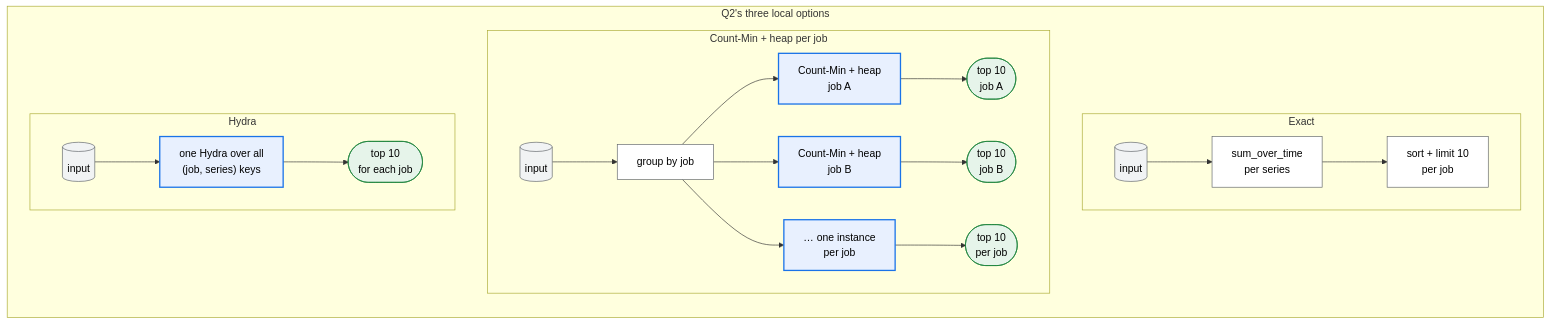
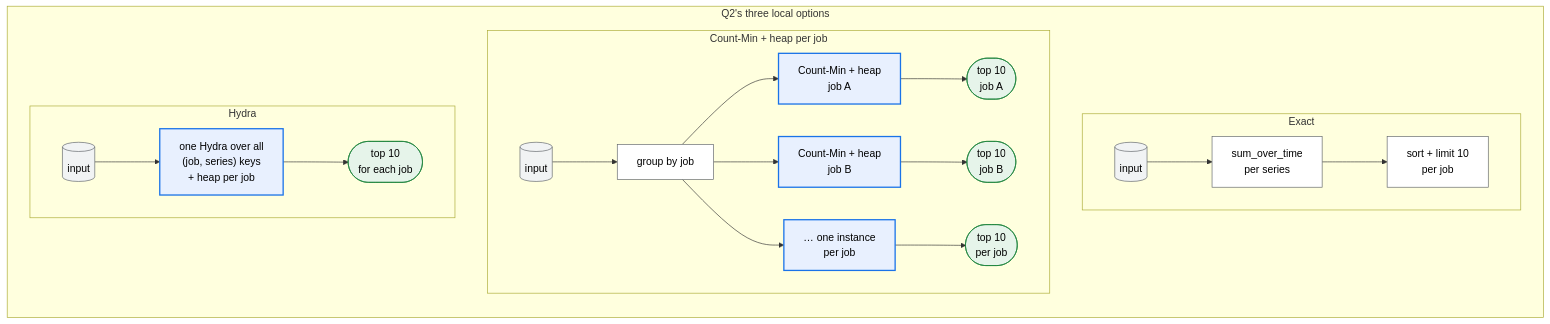
One commit to ProjectASAP/ASAPPlanner changed the second of 10 diagrams in docs/design_docs/proposals/planner-layering.md. Above: the diagram before and after it, drawn with Mermaid. The commit also changed other lines of this file, not shown here.

````diff
--- a/docs/design_docs/proposals/planner-layering.md
+++ b/docs/design_docs/proposals/planner-layering.md
@@ -440,25 +441,25 @@
 ```mermaid
 flowchart LR
   subgraph C["Q2's three local options"]
     direction TB
     subgraph E["Exact"]
       direction LR
       e1[("input")]:::data --> e2["sum_over_time<br/>per series"]:::exact --> e3["sort + limit 10<br/>per job"]:::exact
     end
     subgraph CM["Count-Min + heap per job"]
       direction LR
       c1[("input")]:::data --> cg["group by job"]:::exact
       cg --> ca["Count-Min + heap<br/>job A"]:::summary --> ra(["top 10<br/>job A"]):::estimate
       cg --> cb["Count-Min + heap<br/>job B"]:::summary --> rb(["top 10<br/>job B"]):::estimate
       cg --> cn["… one instance<br/>per job"]:::summary --> rn(["top 10<br/>per job"]):::estimate
     end
     subgraph H["Hydra"]
       direction LR
-      h1[("input")]:::data --> h2["one Hydra over all<br/>(job, series) keys"]:::summary --> h3(["top 10<br/>for each job"]):::estimate
+      h1[("input")]:::data --> h2["one Hydra over all<br/>(job, series) keys<br/>+ heap per job"]:::summary --> h3(["top 10<br/>for each job"]):::estimate
     end
   end
   classDef data fill:#f1f3f4,stroke:#5f6368,color:#000;
   classDef exact fill:#fff,stroke:#5f6368,color:#000;
   classDef summary fill:#e8f0fe,stroke:#1a73e8,stroke-width:2px,color:#000;
   classDef estimate fill:#e6f4ea,stroke:#188038,color:#000;
 ```
````
